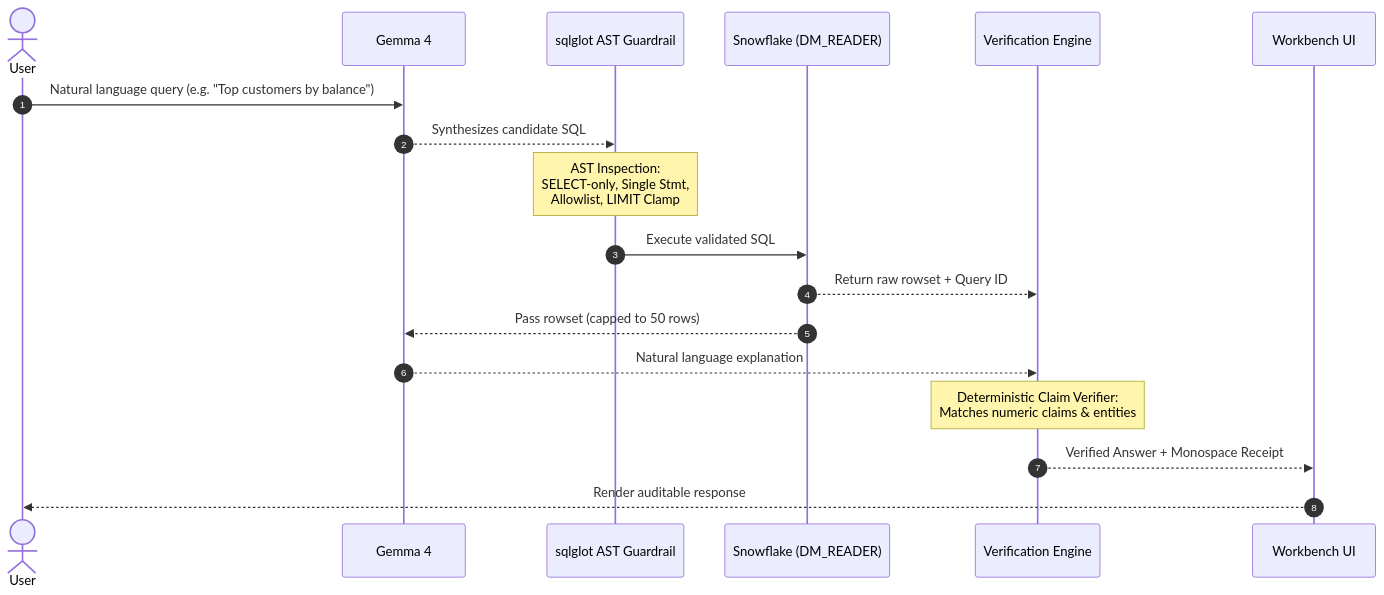
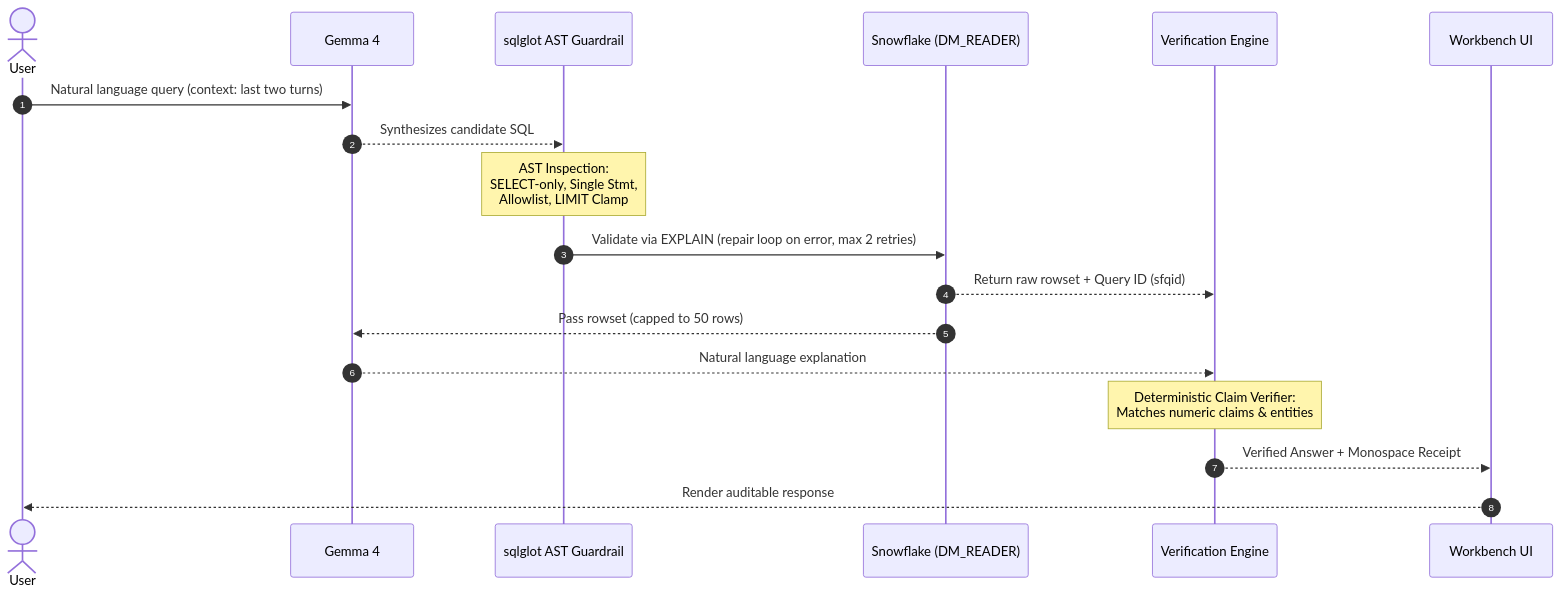
Before and after one commit to ZERODAY-2026/Code-Blooded: the second of 2 diagrams in README.md, drawn with Mermaid. The commit also changed other lines of this file and 4 other files, not shown here.

````diff
--- a/README.md
+++ b/README.md
@@ -77,21 +78,21 @@
 ```mermaid
 sequenceDiagram
     autonumber
     actor User
     participant Gemma as Gemma 4
     participant AST as sqlglot AST Guardrail
     participant SF as Snowflake (DM_READER)
     participant Verify as Verification Engine
     participant UI as Workbench UI
 
-    User->>Gemma: Natural language query (e.g. "Top customers by balance")
+    User->>Gemma: Natural language query (context: last two turns)
     Gemma-->>AST: Synthesizes candidate SQL
     Note over AST: AST Inspection:<br/>SELECT-only, Single Stmt,<br/>Allowlist, LIMIT Clamp
-    AST->>SF: Execute validated SQL
-    SF-->>Verify: Return raw rowset + Query ID
+    AST->>SF: Validate via EXPLAIN (repair loop on error, max 2 retries)
+    SF-->>Verify: Return raw rowset + Query ID (sfqid)
     SF-->>Gemma: Pass rowset (capped to 50 rows)
     Gemma-->>Verify: Natural language explanation
     Note over Verify: Deterministic Claim Verifier:<br/>Matches numeric claims & entities
     Verify-->>UI: Verified Answer + Monospace Receipt
     UI-->>User: Render auditable response
 ```
````
